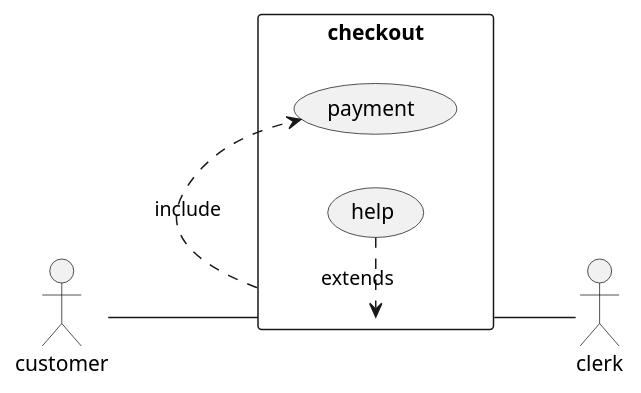
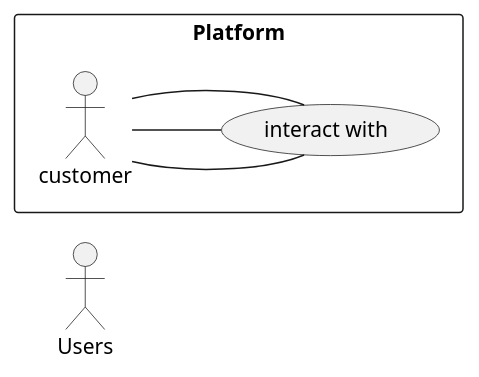
The first of 2 diagrams in source/enterprise/interactions.rst (Terradue/doc-tep-geohazards-arch), drawn with PlantUML before and after one commit.

```diff
--- a/source/enterprise/interactions.rst
+++ b/source/enterprise/interactions.rst
@@ -9,12 +9,10 @@
 .. uml::
 
   left to right direction
   skinparam packageStyle rect
-  actor customer
-  actor clerk
-  rectangle checkout {
-    customer -- (checkout)
-    (checkout) .> (payment) : include
-    (help) .> (checkout) : extends
-    (checkout) -- clerk
+  actor Users
+  rectangle Platform {
+    customer -- (interact with)
+    customer -- (interact with)
+    customer -- (interact with)
   }
```
